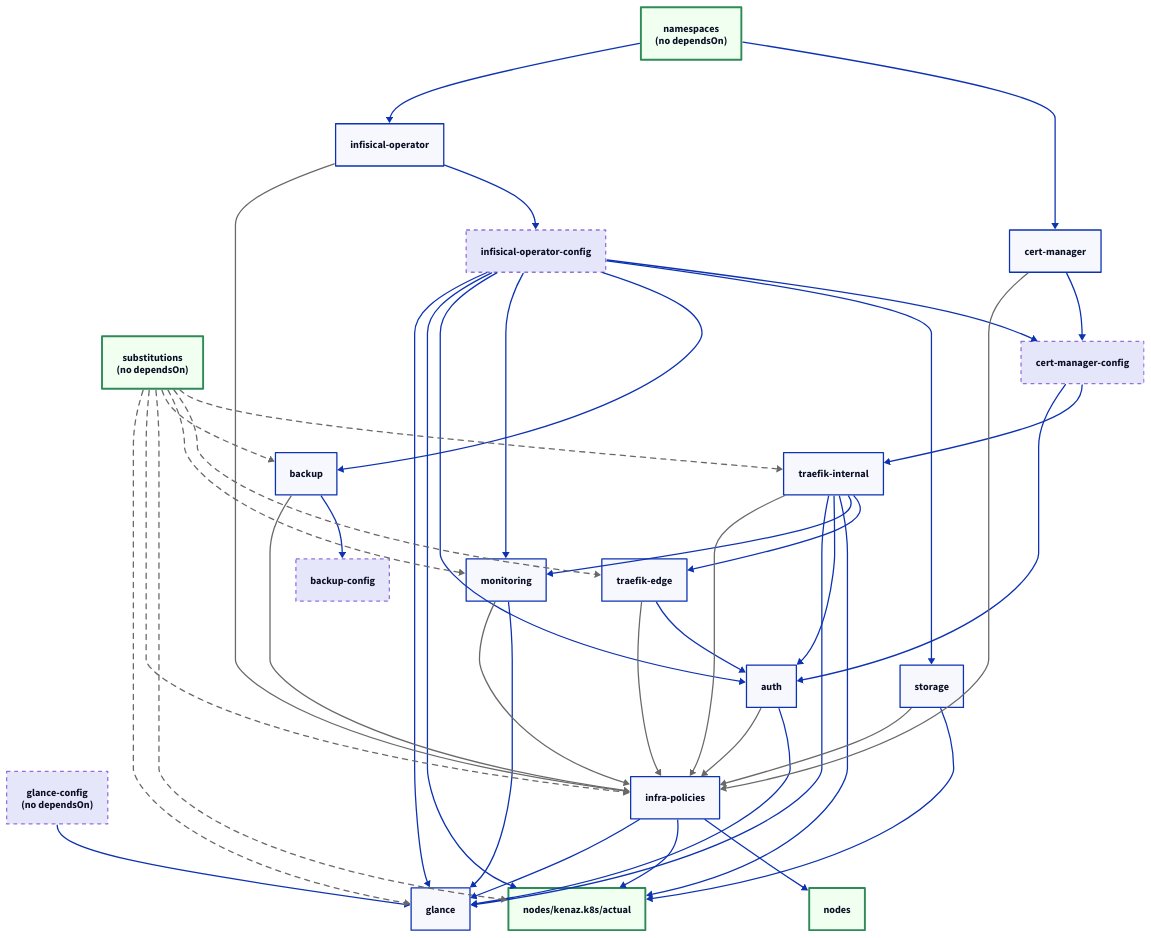
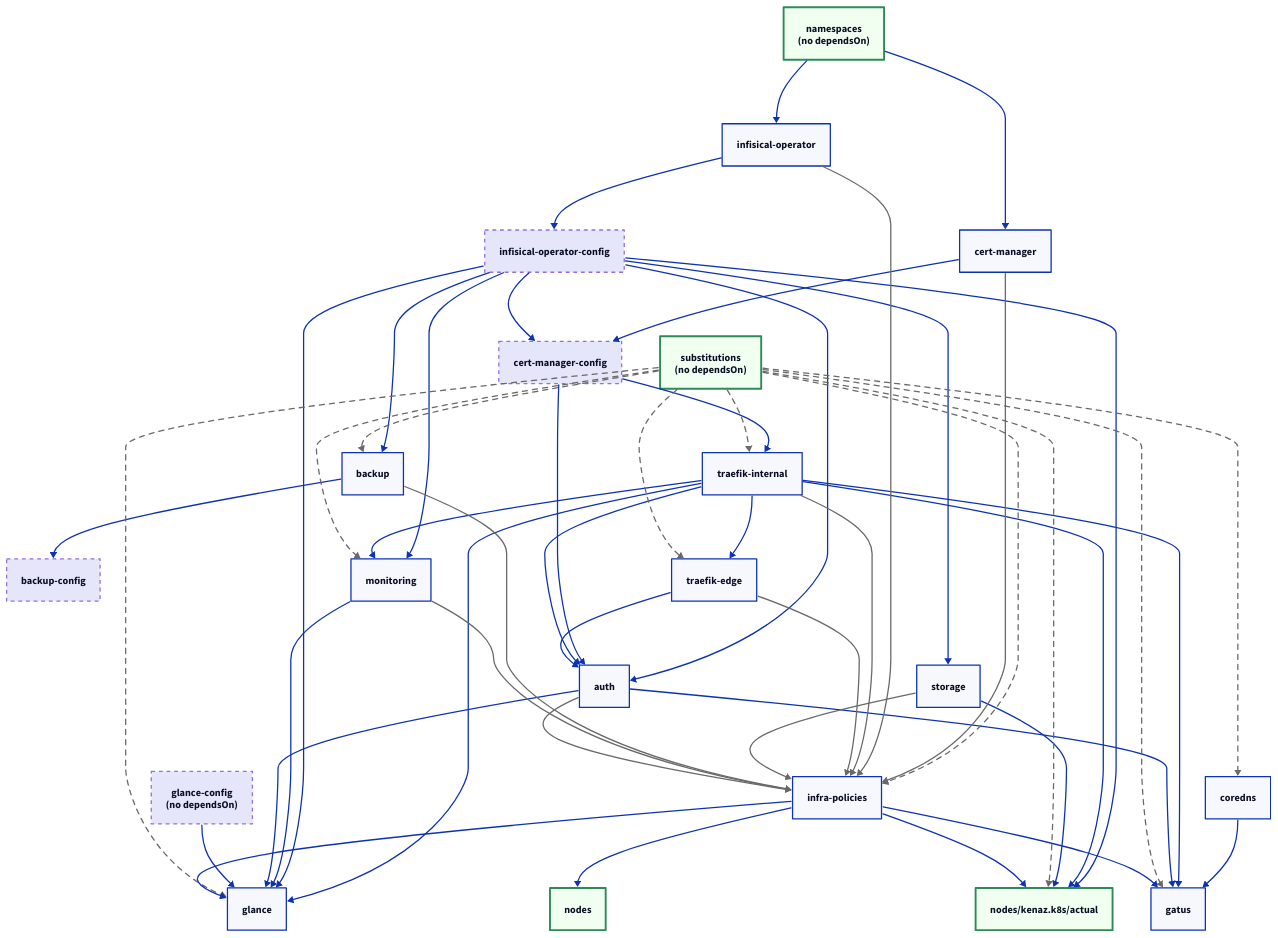
The diagram in docs/src/conventions/ordering.md (brewcoua/futhark), drawn with D2 before and after one commit. The commit also changed other lines of this file and 66 other files, not shown here.

First line of the commit message:
feat(glance): overhaul dashboard, add gatus and internal dns

````diff
--- a/docs/src/conventions/ordering.md
+++ b/docs/src/conventions/ordering.md
@@ -89,6 +89,10 @@
 auth -> glance
 glance-config -> glance
 
+coredns -> gatus
+traefik-internal -> gatus
+auth -> gatus
+
 storage -> actual
 backup -> backup-config
 
@@ -99,6 +103,8 @@
 substitutions -> actual { class: presence }
 substitutions -> infra-policies { class: presence }
 substitutions -> glance { class: presence }
+substitutions -> gatus { class: presence }
+substitutions -> coredns { class: presence }
 
 cert-manager -> infra-policies { class: bulk }
 infisical-operator -> infra-policies { class: bulk }
@@ -112,4 +118,5 @@
 infra-policies -> nodes
 infra-policies -> actual
 infra-policies -> glance
+infra-policies -> gatus
 ```
````
